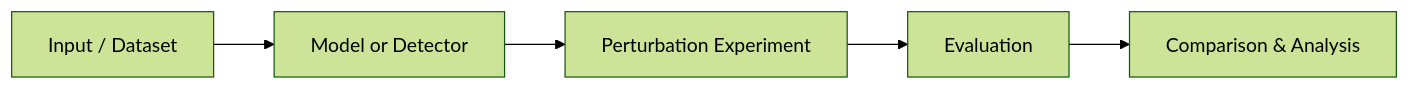
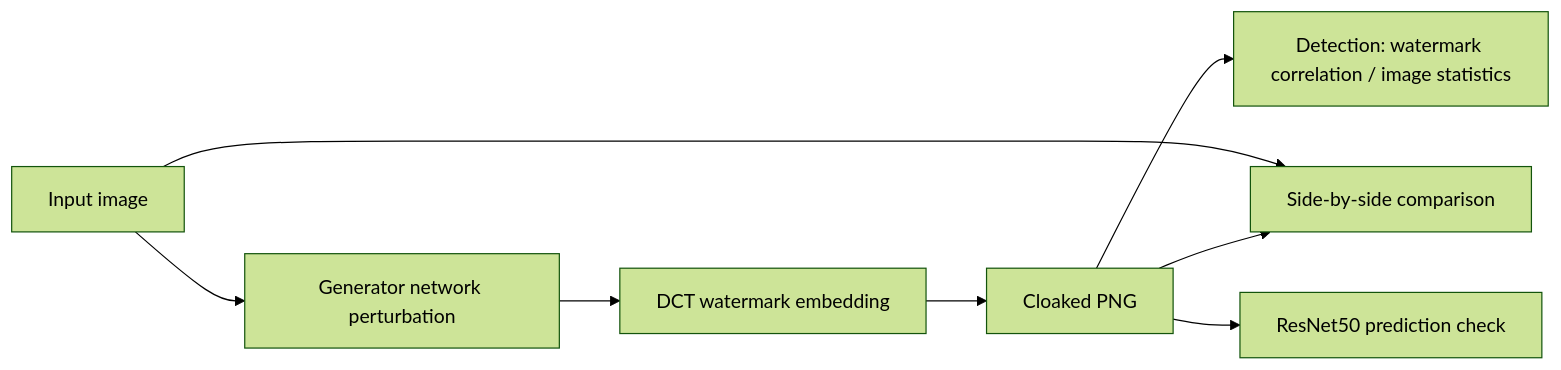
The diagram in README.md (Abhishek7258/Deepsheild), drawn with Mermaid (forest theme) before and after one commit. The commit also changed other lines of this file and 1 other file, not shown here.

````diff
--- a/README.md
+++ b/README.md
@@ -22,7 +19,10 @@
 ```mermaid
 graph LR
-A[Input / Dataset] --> B[Model or Detector]
-B --> C[Perturbation Experiment]
-C --> D[Evaluation]
-D --> E[Comparison & Analysis]
+A[Input image] --> B[Generator network perturbation]
+B --> C[DCT watermark embedding]
+C --> D[Cloaked PNG]
+D --> E[Detection: watermark correlation / image statistics]
+A --> F[Side-by-side comparison]
+D --> F
+D --> G[ResNet50 prediction check]
 ```
````
